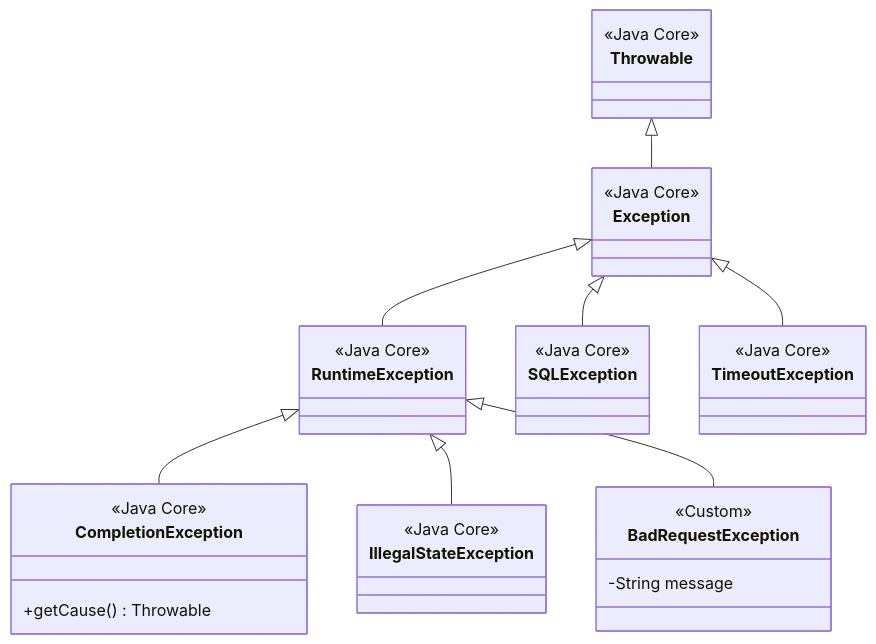
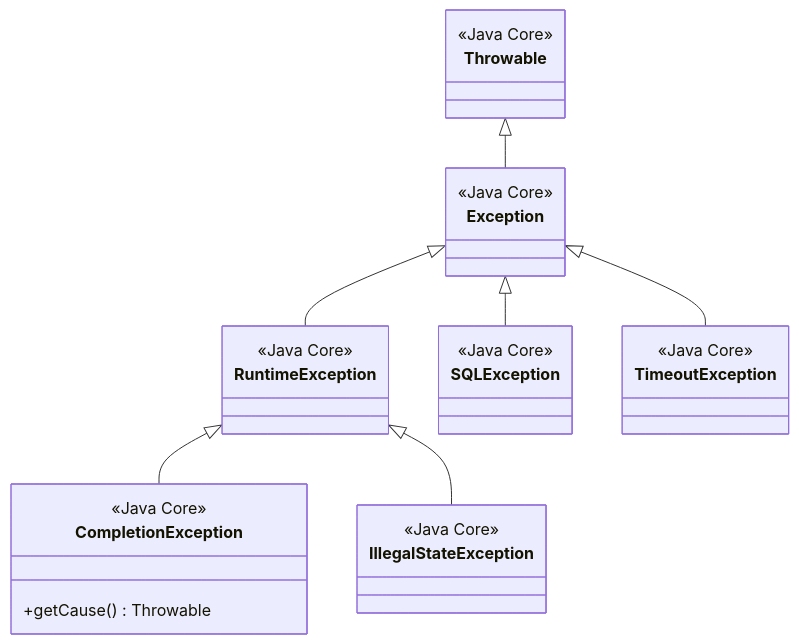
Diagram 17 of 20 in docs/Low Level Designs/ScheduledPerfectMatchesCreation.md (kagit00/schedule_x), drawn with Mermaid before and after one commit. The commit also changed other lines of this file and 7 other files, not shown here.

````diff
--- a/docs/Low Level Designs/ScheduledPerfectMatchesCreation.md
+++ b/docs/Low Level Designs/ScheduledPerfectMatchesCreation.md
@@ -737,44 +675,38 @@
 ```mermaid
 classDiagram
     class Throwable {
         <<Java Core>>
     }
     
     class Exception {
         <<Java Core>>
     }
     
     class RuntimeException {
         <<Java Core>>
     }
     
     class SQLException {
         <<Java Core>>
     }
     
     class CompletionException {
         <<Java Core>>
         +getCause() Throwable
     }
     
     class TimeoutException {
         <<Java Core>>
     }
     
     class IllegalStateException {
         <<Java Core>>
     }
     
-    class BadRequestException {
-        <<Custom>>
-        -String message
-    }
-    
     Throwable <|-- Exception
     Exception <|-- RuntimeException
     Exception <|-- SQLException
     RuntimeException <|-- CompletionException
     RuntimeException <|-- IllegalStateException
     Exception <|-- TimeoutException
-    RuntimeException <|-- BadRequestException
 ```
````
